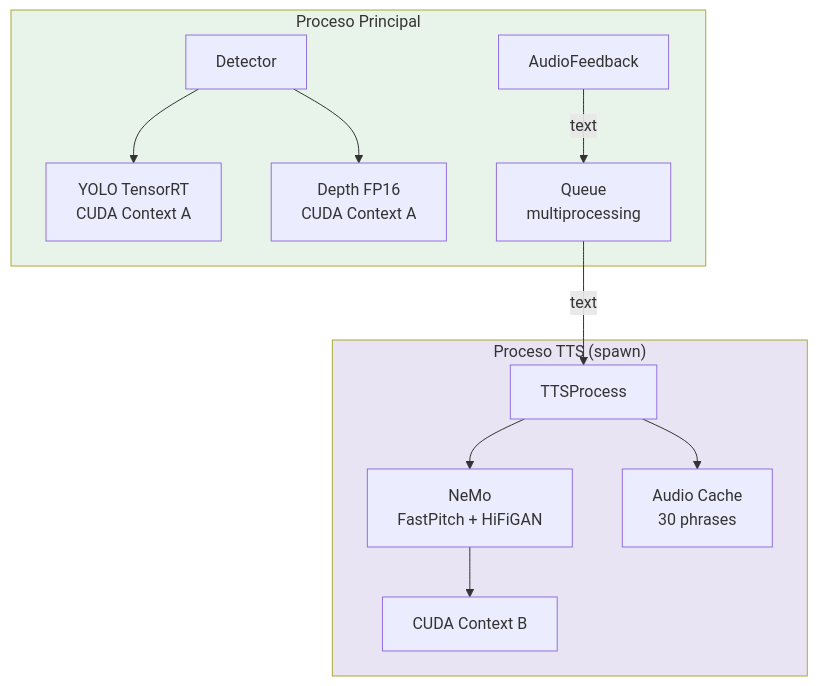
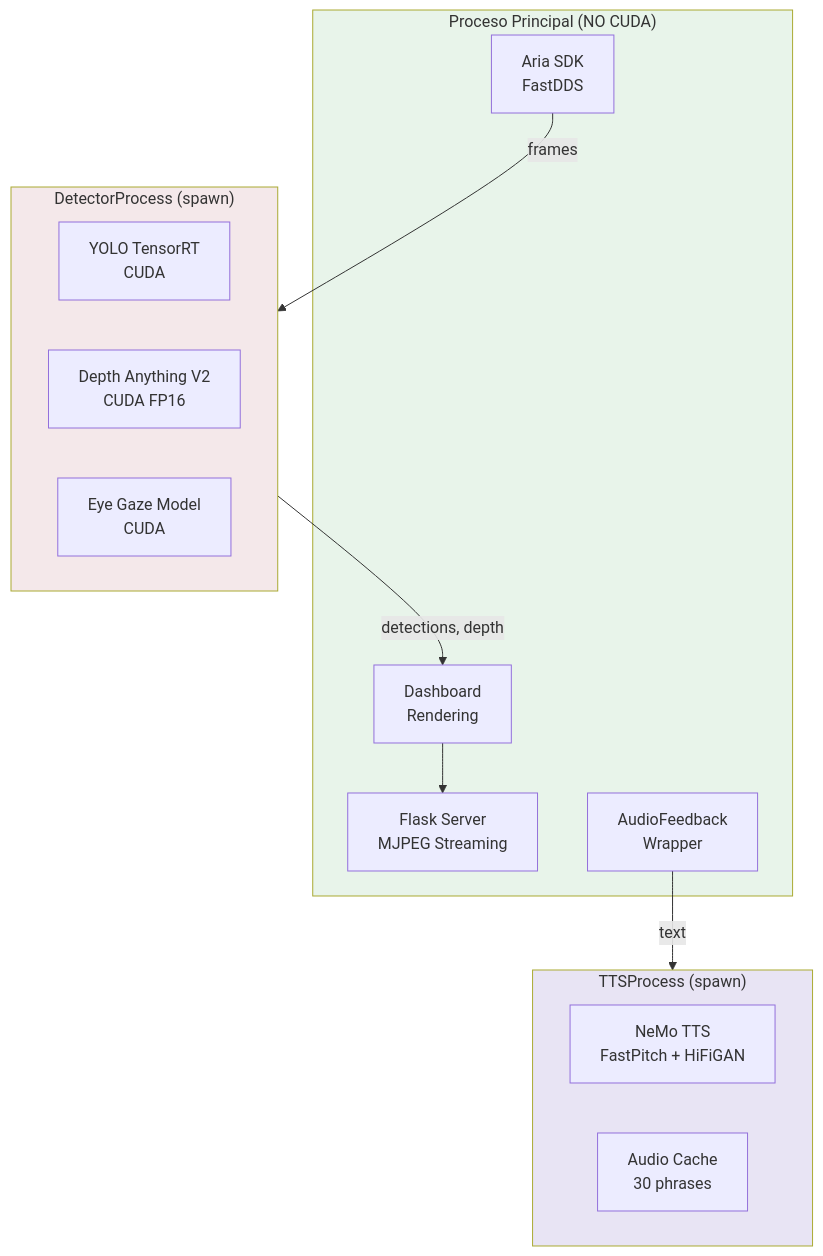
The eighth of 10 diagrams in docs/README.md (robertteleng/aria-demo), drawn with Mermaid before and after one commit. The commit also changed other lines of this file, not shown here.

First line of the commit message:
docs: update architecture to reflect CUDA process isolation

````diff
--- a/docs/README.md
+++ b/docs/README.md
@@ -366,28 +416,29 @@
 ```mermaid
 graph TB
-    subgraph MainProcess["Proceso Principal"]
-        DET[Detector]
-        YOLO[YOLO TensorRT<br/>CUDA Context A]
-        DEPTH[Depth FP16<br/>CUDA Context A]
-        AUDIO[AudioFeedback]
-        QUEUE[Queue<br/>multiprocessing]
+    subgraph MainProcess["Proceso Principal (NO CUDA)"]
+        ARIA[Aria SDK<br/>FastDDS]
+        FLASK[Flask Server<br/>MJPEG Streaming]
+        DASH[Dashboard<br/>Rendering]
+        AUDIO[AudioFeedback<br/>Wrapper]
     end
 
-    subgraph TTSProcess["Proceso TTS (spawn)"]
-        TTS[TTSProcess]
-        NEMO[NeMo<br/>FastPitch + HiFiGAN]
-        CUDA_B[CUDA Context B]
+    subgraph DetectorProcess["DetectorProcess (spawn)"]
+        YOLO[YOLO TensorRT<br/>CUDA]
+        DEPTH[Depth Anything V2<br/>CUDA FP16]
+        GAZE[Eye Gaze Model<br/>CUDA]
+    end
+
+    subgraph TTSProcess["TTSProcess (spawn)"]
+        NEMO[NeMo TTS<br/>FastPitch + HiFiGAN]
         CACHE[Audio Cache<br/>30 phrases]
     end
 
-    DET --> YOLO
-    DET --> DEPTH
-    AUDIO -->|text| QUEUE
-    QUEUE -->|text| TTS
-    TTS --> NEMO
-    NEMO --> CUDA_B
-    TTS --> CACHE
+    ARIA -->|frames| DetectorProcess
+    DetectorProcess -->|detections, depth| DASH
+    AUDIO -->|text| TTSProcess
+    DASH --> FLASK
 
     style MainProcess fill:#e8f4ea
+    style DetectorProcess fill:#f4e8ea
     style TTSProcess fill:#e8e4f4
 ```
````
